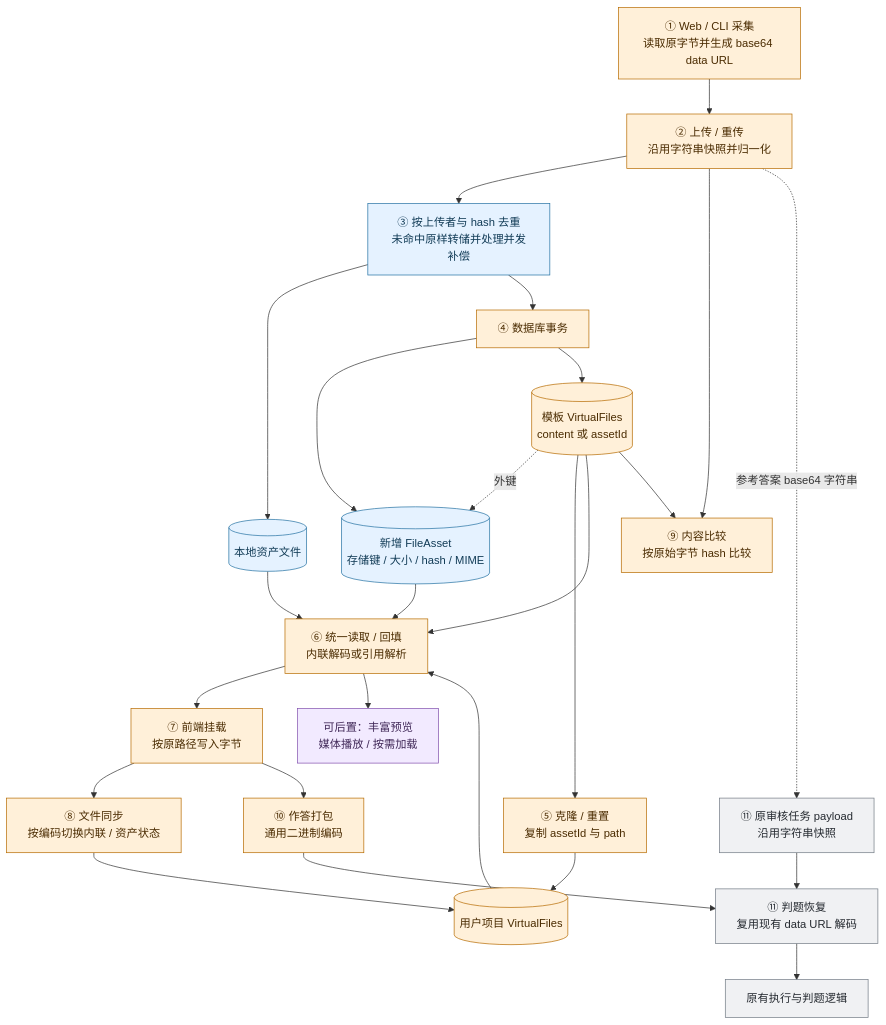
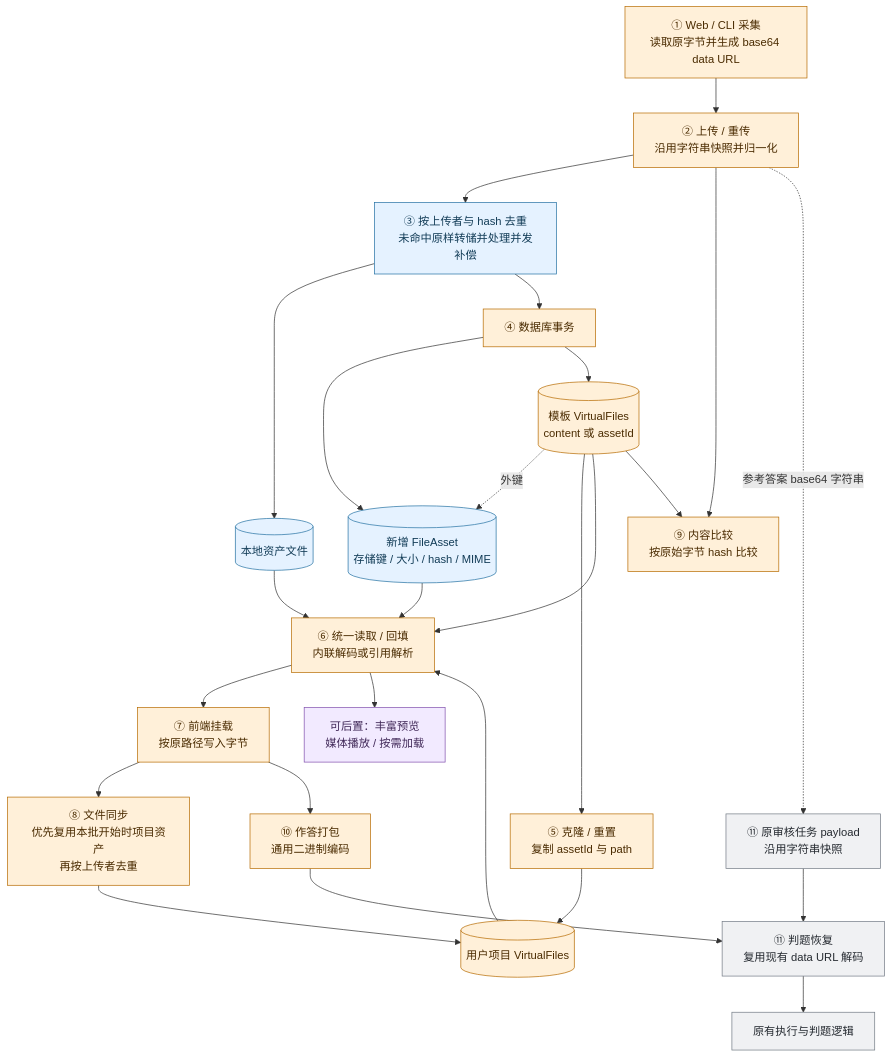
The fourth of 4 diagrams in docs/PROBLEM_IMAGE_REFERENCE_DESIGN.md (QuantaCenter/quanta-challenge), drawn with Mermaid before and after one commit. The commit also changed other lines of this file and 4 other files, not shown here.

````diff
--- a/docs/PROBLEM_IMAGE_REFERENCE_DESIGN.md
+++ b/docs/PROBLEM_IMAGE_REFERENCE_DESIGN.md
@@ -253,36 +257,36 @@
 ```mermaid
 flowchart TD
   A[① Web / CLI 采集<br/>读取原字节并生成 base64 data URL] --> B[② 上传 / 重传<br/>沿用字符串快照并归一化]
   B --> S[③ 按上传者与 hash 去重<br/>未命中原样转储并处理并发补偿]
   S --> FS[(本地资产文件)]
   S --> DB[④ 数据库事务]
   DB --> FA[(新增 FileAsset<br/>存储键 / 大小 / hash / MIME)]
   DB --> V[(模板 VirtualFiles<br/>content 或 assetId)]
   V -.外键.-> FA
   V --> COPY[⑤ 克隆 / 重置<br/>复制 assetId 与 path]
   COPY --> U[(用户项目 VirtualFiles)]
   V --> R[⑥ 统一读取 / 回填<br/>内联解码或引用解析]
   U --> R
   FA --> R
   FS --> R
   R --> WC[⑦ 前端挂载<br/>按原路径写入字节]
-  WC --> SYNC[⑧ 文件同步<br/>按编码切换内联 / 资产状态]
+  WC --> SYNC[⑧ 文件同步<br/>优先复用本批开始时项目资产<br/>再按上传者去重]
   SYNC --> U
   R --> PREVIEW[可后置：丰富预览<br/>媒体播放 / 按需加载]
   V --> CMP[⑨ 内容比较<br/>按原始字节 hash 比较]
   B --> CMP
   WC --> PACK[⑩ 作答打包<br/>通用二进制编码]
   PACK --> J[⑪ 判题恢复<br/>复用现有 data URL 解码]
   B -.参考答案 base64 字符串.-> Q[⑪ 原审核任务 payload<br/>沿用字符串快照]
   Q --> J
   J --> EXEC[原有执行与判题逻辑]
 
   classDef change fill:#fff0d9,stroke:#b76b00,color:#4a2b00;
   classDef added fill:#e5f2ff,stroke:#2471a3,color:#123c57;
   classDef later fill:#f2eaff,stroke:#8050ad,color:#402858;
   classDef stable fill:#f0f1f3,stroke:#737b85,color:#252a30;
   class A,B,DB,V,COPY,U,R,WC,SYNC,CMP,PACK change;
   class S,FS,FA added;
   class PREVIEW later;
   class J,Q,EXEC stable;
 ```
````
